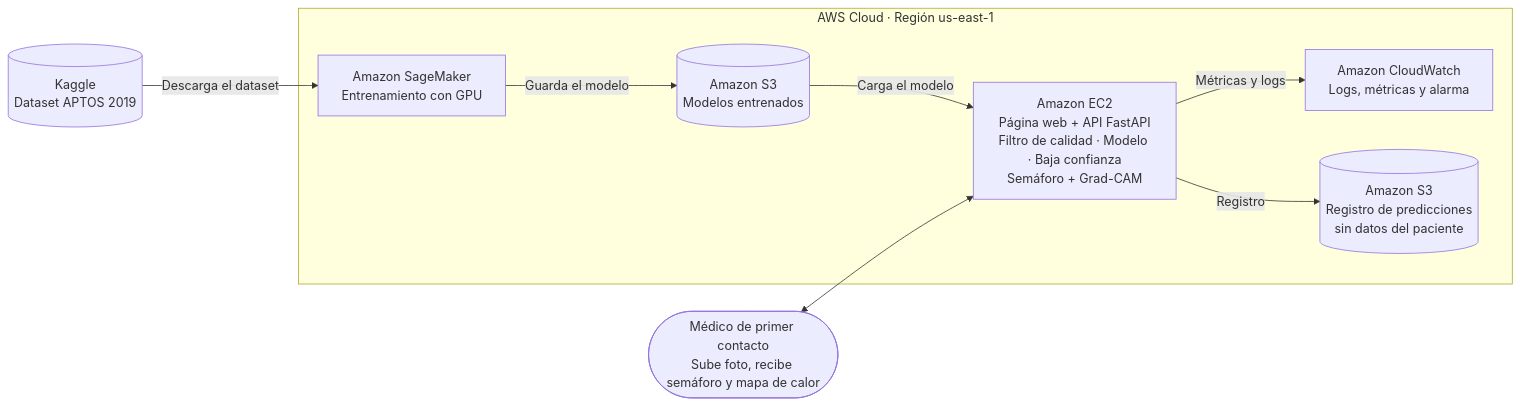
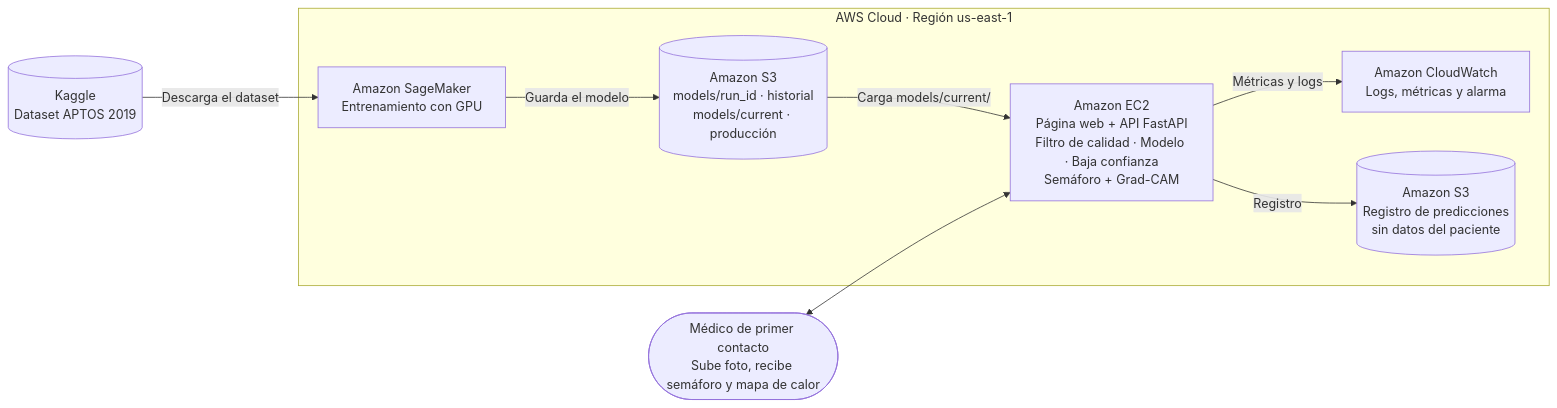
One commit to GualNavarr04/BlindnessDetection changed the diagram in docs/arquitectura.md. Above: the diagram before and after it, drawn with Mermaid. The commit also changed other lines of this file and 3 other files, not shown here.

First line of the commit message:
Definir convención models/current/ en S3 y script de promoción

````diff
--- a/docs/arquitectura.md
+++ b/docs/arquitectura.md
@@ -18,20 +35,20 @@
 ```mermaid
 flowchart LR
     K[(Kaggle<br/>Dataset APTOS 2019)]
     U([Médico de primer contacto<br/>Sube foto, recibe semáforo y mapa de calor])
 
     subgraph AWS["AWS Cloud · Región us-east-1"]
         SM[Amazon SageMaker<br/>Entrenamiento con GPU]
-        S3m[(Amazon S3<br/>Modelos entrenados)]
+        S3m[(Amazon S3<br/>models/run_id · historial<br/>models/current · producción)]
         EC2[Amazon EC2<br/>Página web + API FastAPI<br/>Filtro de calidad · Modelo · Baja confianza<br/>Semáforo + Grad-CAM]
         CW[Amazon CloudWatch<br/>Logs, métricas y alarma]
         S3r[(Amazon S3<br/>Registro de predicciones<br/>sin datos del paciente)]
     end
 
     K -->|Descarga el dataset| SM
     SM -->|Guarda el modelo| S3m
-    S3m -->|Carga el modelo| EC2
+    S3m -->|Carga models/current/| EC2
     U <--> EC2
     EC2 -->|Métricas y logs| CW
     EC2 -->|Registro| S3r
 ```
````
